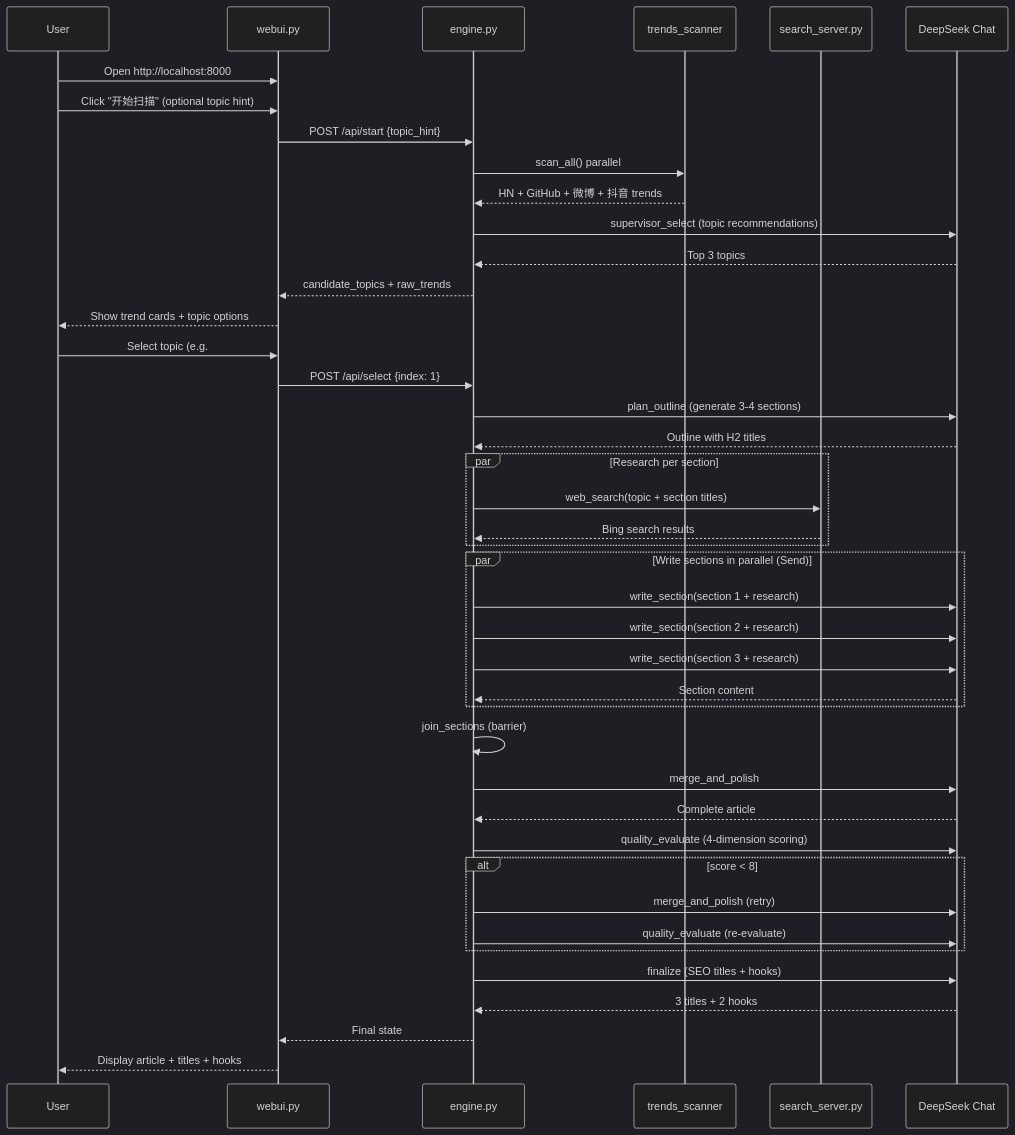
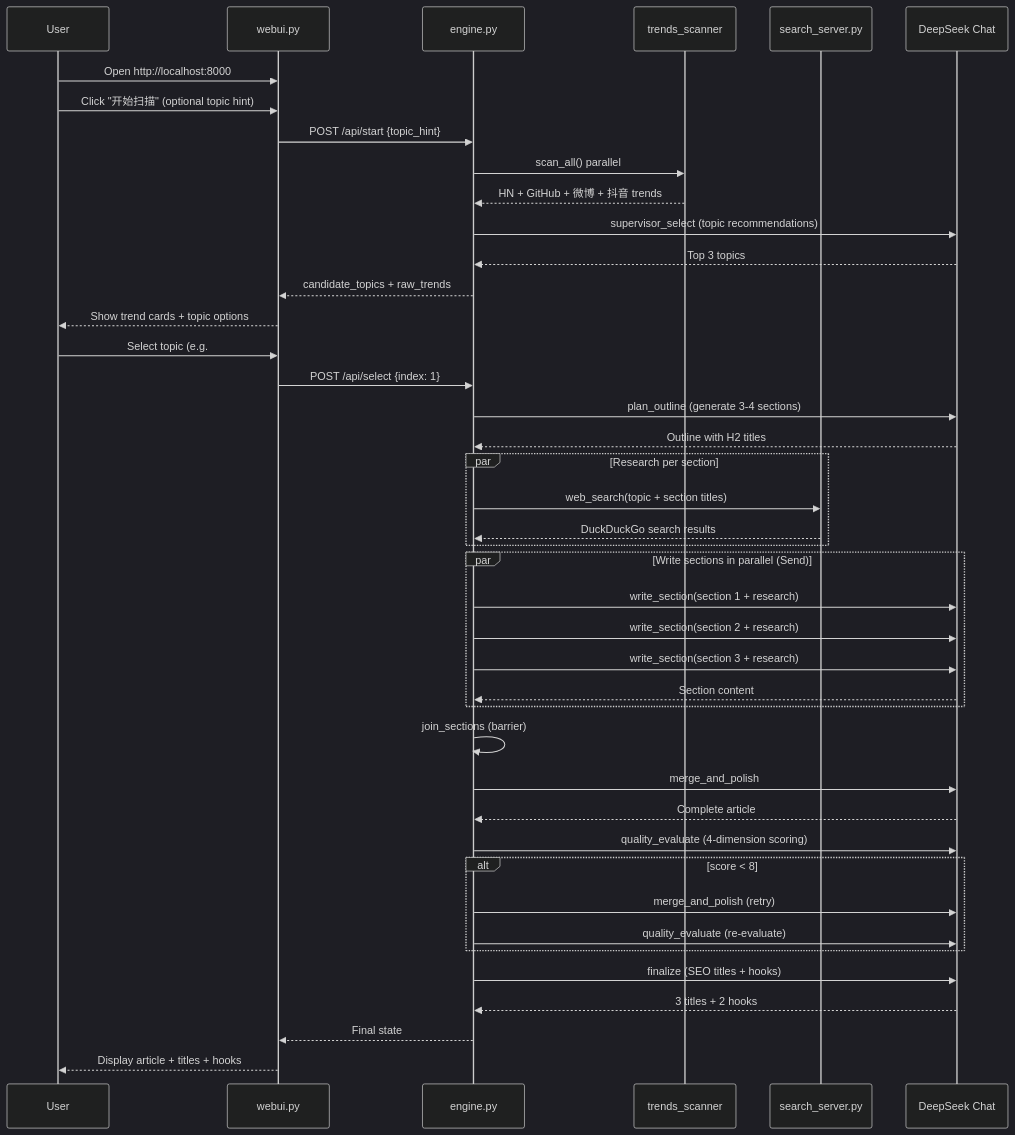
One commit to 3123907483wei-pixel/somshi changed the third of 4 diagrams in design.md. Above: the diagram before and after it, drawn with Mermaid (dark theme). The commit also changed other lines of this file and 1 other file, not shown here.

````diff
--- a/design.md
+++ b/design.md
@@ -109,55 +109,55 @@
 ```mermaid
 sequenceDiagram
     participant User
     participant WebUI as webui.py
     participant Engine as engine.py
     participant Scanner as trends_scanner
     participant MCP as search_server.py
     participant LLM as DeepSeek Chat
 
     User->>WebUI: Open http://localhost:8000
     User->>WebUI: Click "开始扫描" (optional topic hint)
     WebUI->>Engine: POST /api/start {topic_hint}
     
     Engine->>Scanner: scan_all() parallel
     Scanner-->>Engine: HN + GitHub + 微博 + 抖音 trends
     Engine->>LLM: supervisor_select (topic recommendations)
     LLM-->>Engine: Top 3 topics
     Engine-->>WebUI: candidate_topics + raw_trends
     
     WebUI-->>User: Show trend cards + topic options
     
     User->>WebUI: Select topic (e.g. #1)
     WebUI->>Engine: POST /api/select {index: 1}
     
     Engine->>LLM: plan_outline (generate 3-4 sections)
     LLM-->>Engine: Outline with H2 titles
     
     par Research per section
         Engine->>MCP: web_search(topic + section titles)
-        MCP-->>Engine: Bing search results
+        MCP-->>Engine: DuckDuckGo search results
     end
     
     par Write sections in parallel (Send)
         Engine->>LLM: write_section(section 1 + research)
         Engine->>LLM: write_section(section 2 + research)
         Engine->>LLM: write_section(section 3 + research)
         LLM-->>Engine: Section content
     end
     
     Engine->>Engine: join_sections (barrier)
     Engine->>LLM: merge_and_polish
     LLM-->>Engine: Complete article
     
     Engine->>LLM: quality_evaluate (4-dimension scoring)
     alt score < 8
         Engine->>LLM: merge_and_polish (retry)
         Engine->>LLM: quality_evaluate (re-evaluate)
     end
     
     Engine->>LLM: finalize (SEO titles + hooks)
     LLM-->>Engine: 3 titles + 2 hooks
     
     Engine-->>WebUI: Final state
     WebUI-->>User: Display article + titles + hooks
 ```
````
